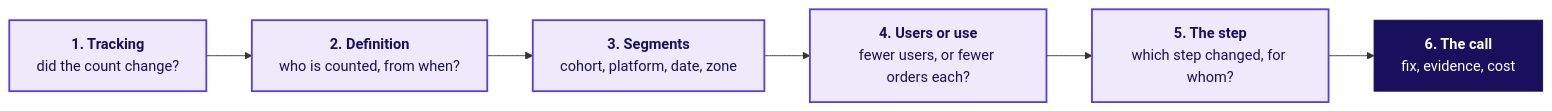
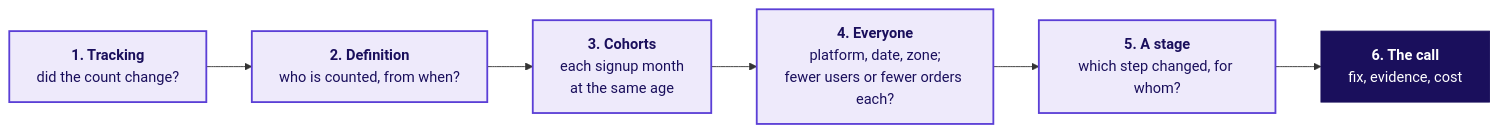
The second of 3 diagrams in content/W04/D4/slides/C2_W04_D04_half2_STUDENT.md (fde-academy-lab/c2-content-factory), drawn with Mermaid before and after one commit. The commit also changed other lines of this file and 5 other files, not shown here.

````diff
--- a/content/W04/D4/slides/C2_W04_D04_half2_STUDENT.md
+++ b/content/W04/D4/slides/C2_W04_D04_half2_STUDENT.md
@@ -139,12 +141,12 @@
 ```mermaid
 flowchart LR
     A["<b>1. Tracking</b><br/>did the count change?"] --> B["<b>2. Definition</b><br/>who is counted, from when?"]
-    B --> C["<b>3. Segments</b><br/>cohort, platform, date, zone"]
-    C --> D["<b>4. Users or use</b><br/>fewer users, or fewer orders each?"]
-    D --> E["<b>5. The step</b><br/>which step changed, for whom?"]
+    B --> C["<b>3. Cohorts</b><br/>each signup month<br/>at the same age"]
+    C --> D["<b>4. Everyone</b><br/>platform, date, zone;<br/>fewer users or fewer orders each?"]
+    D --> E["<b>5. A stage</b><br/>which step changed, for whom?"]
     E --> F["<b>6. The call</b><br/>fix, evidence, cost"]
     classDef known fill:#EEEAFB,stroke:#5B3FD6,color:#1A0F5C,stroke-width:2px
     classDef lit fill:#1A0F5C,stroke:#1A0F5C,color:#FFFFFF
     class A,B,C,D,E known
     class F lit
 ```
````
